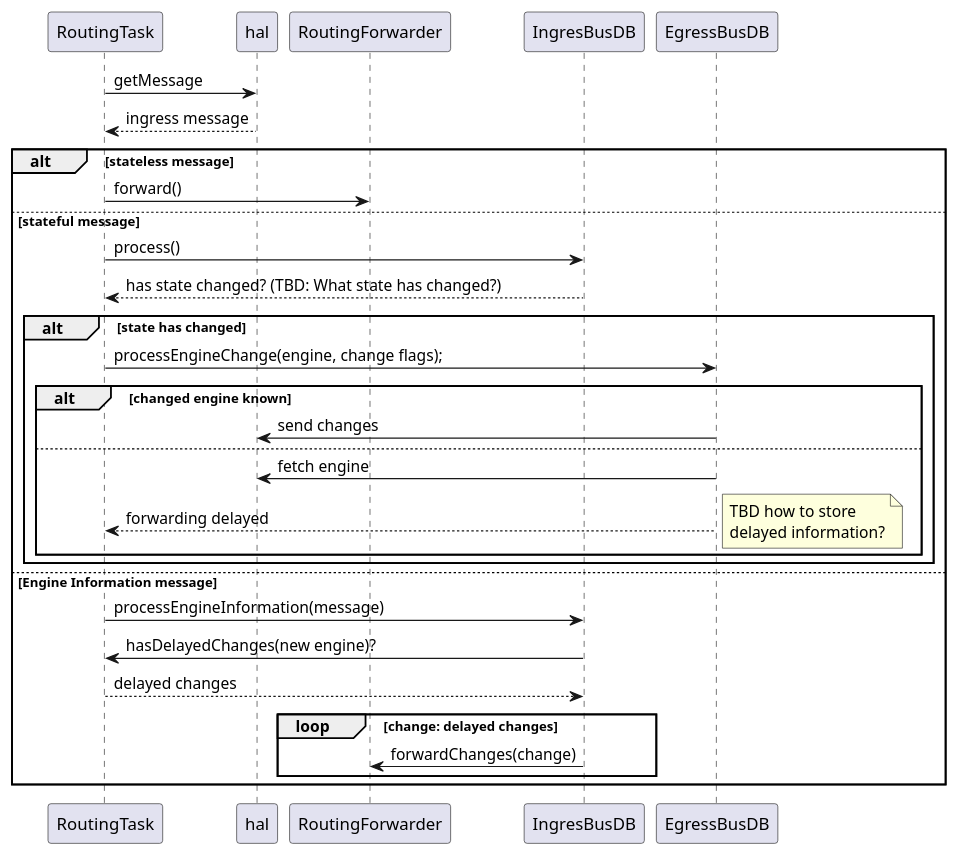
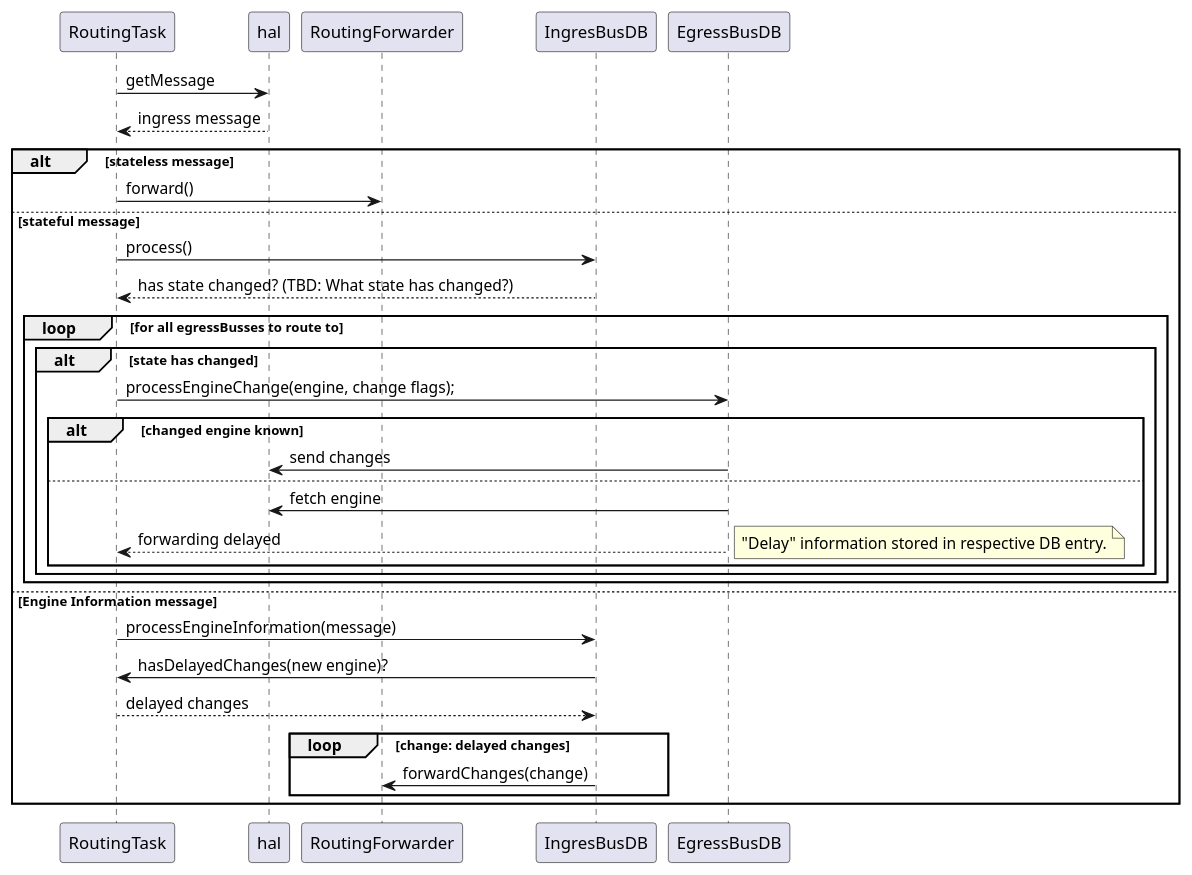
The diagram in c6021light/design/routingEngineMessageFlow.plantuml (deltaphi/c6021light), drawn with PlantUML before and after one commit.

Commit message:
Updated design idea

```diff
--- a/c6021light/design/routingEngineMessageFlow.plantuml
+++ b/c6021light/design/routingEngineMessageFlow.plantuml
@@ -1,37 +1,38 @@
 @startuml
 
 RoutingTask -> hal: getMessage
 hal --> RoutingTask: ingress message
 
 alt stateless message
   RoutingTask -> RoutingForwarder: forward()
 else stateful message
   RoutingTask -> IngresBusDB: process()
   IngresBusDB --> RoutingTask: has state changed? (TBD: What state has changed?)
-  alt state has changed
-    RoutingTask -> EgressBusDB: processEngineChange(engine, change flags);
-    alt changed engine known
-      EgressBusDB -> hal: send changes
-    else
-      EgressBusDB -> hal: fetch engine
-      EgressBusDB --> RoutingTask: forwarding delayed
-      note right
-        TBD how to store
-        delayed information?
-      end note
+  loop for all egressBusses to route to
+    alt state has changed
+      RoutingTask -> EgressBusDB: processEngineChange(engine, change flags);
+      alt changed engine known
+        EgressBusDB -> hal: send changes
+      else
+        EgressBusDB -> hal: fetch engine
+        EgressBusDB --> RoutingTask: forwarding delayed
+        note right
+          "Delay" information stored in respective DB entry.
+        end note
+      end
+
     end
-
   end
 
 else Engine Information message
   RoutingTask -> IngresBusDB: processEngineInformation(message)
   IngresBusDB -> RoutingTask: hasDelayedChanges(new engine)?
   RoutingTask --> IngresBusDB: delayed changes
   loop change: delayed changes
     IngresBusDB -> RoutingForwarder: forwardChanges(change)
   end
 end
 
 
 
 @enduml
```
